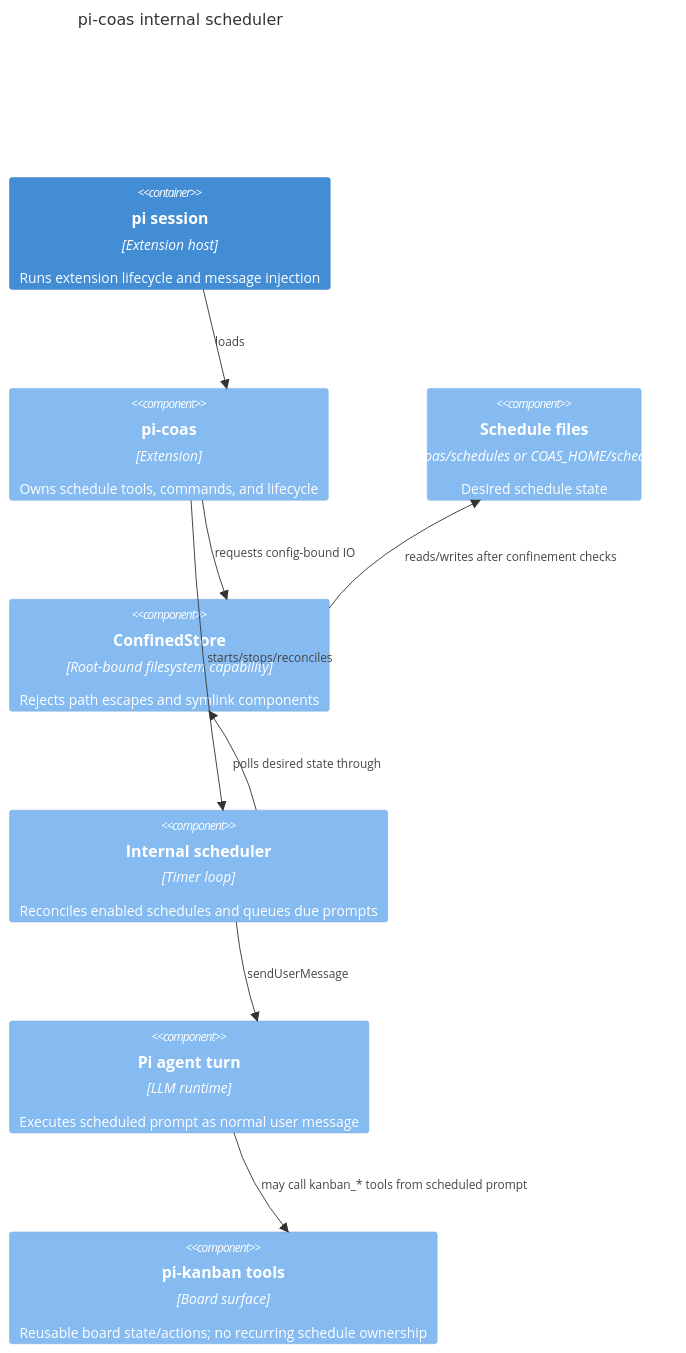
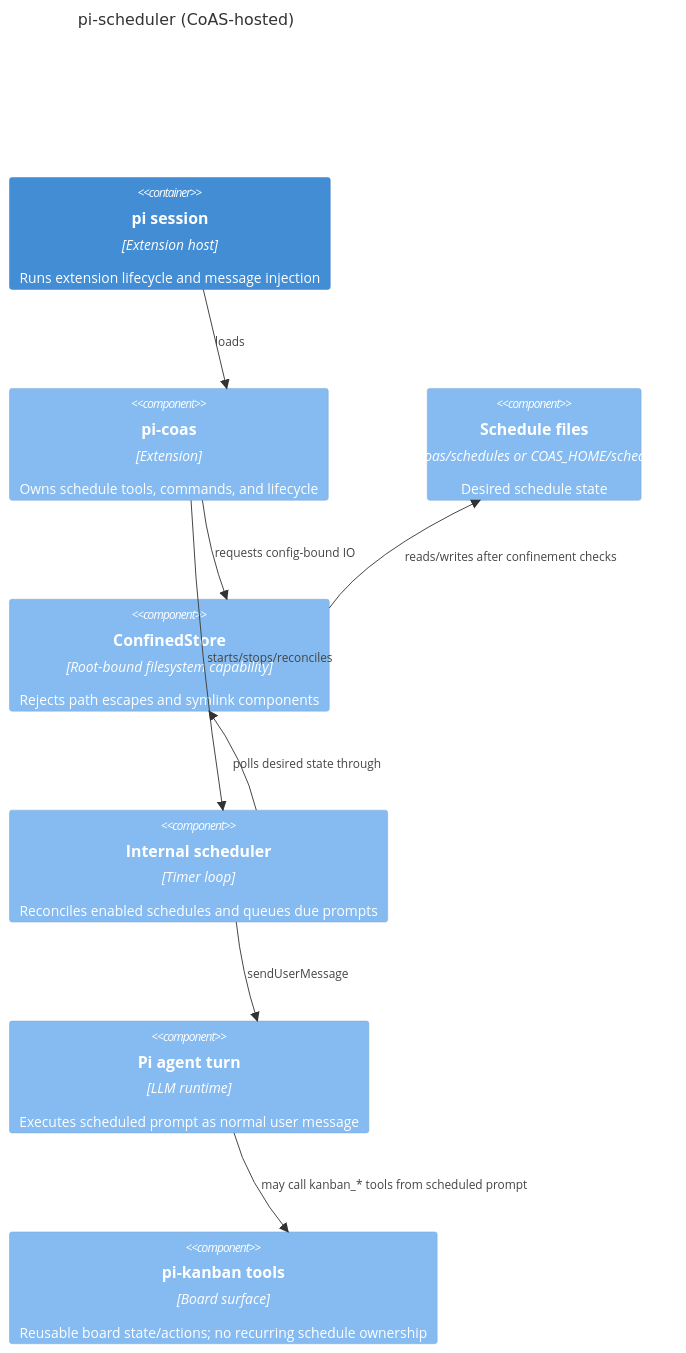
Before and after one commit to tS7hKamAYL84j91/pi-tools-and-skills: diagram 28 of 33 in docs/architecture.md, drawn with Mermaid. The commit also changed other lines of this file and 143 other files, not shown here.

````diff
--- a/docs/architecture.md
+++ b/docs/architecture.md
@@ -898,18 +861,18 @@
 ```mermaid
 C4Component
-    title pi-coas internal scheduler
+    title pi-scheduler (CoAS-hosted)
     Container(pi, "pi session", "Extension host", "Runs extension lifecycle and message injection")
     Component(coas, "pi-coas", "Extension", "Owns schedule tools, commands, and lifecycle")
     Component(files, "Schedule files", ".pi/coas/schedules or COAS_HOME/schedules", "Desired schedule state")
     Component(store, "ConfinedStore", "Root-bound filesystem capability", "Rejects path escapes and symlink components")
     Component(scheduler, "Internal scheduler", "Timer loop", "Reconciles enabled schedules and queues due prompts")
     Component(agent, "Pi agent turn", "LLM runtime", "Executes scheduled prompt as normal user message")
     Component(kanban, "pi-kanban tools", "Board surface", "Reusable board state/actions; no recurring schedule ownership")
     Rel(pi, coas, "loads")
     Rel(coas, store, "requests config-bound IO")
     Rel(store, files, "reads/writes after confinement checks")
     Rel(coas, scheduler, "starts/stops/reconciles")
     Rel(scheduler, store, "polls desired state through")
     Rel(scheduler, agent, "sendUserMessage")
     Rel(agent, kanban, "may call kanban_* tools from scheduled prompt")
 ```
````
